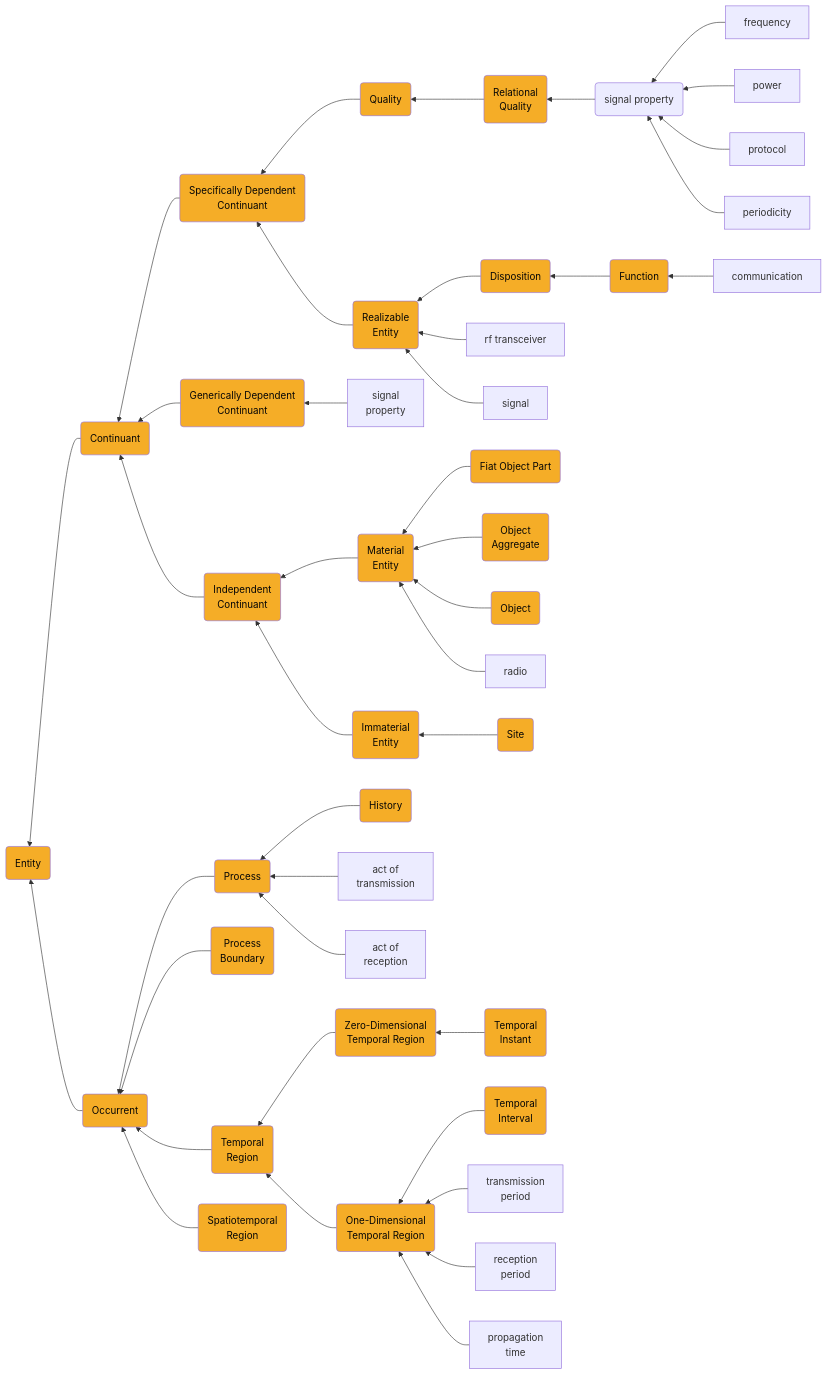
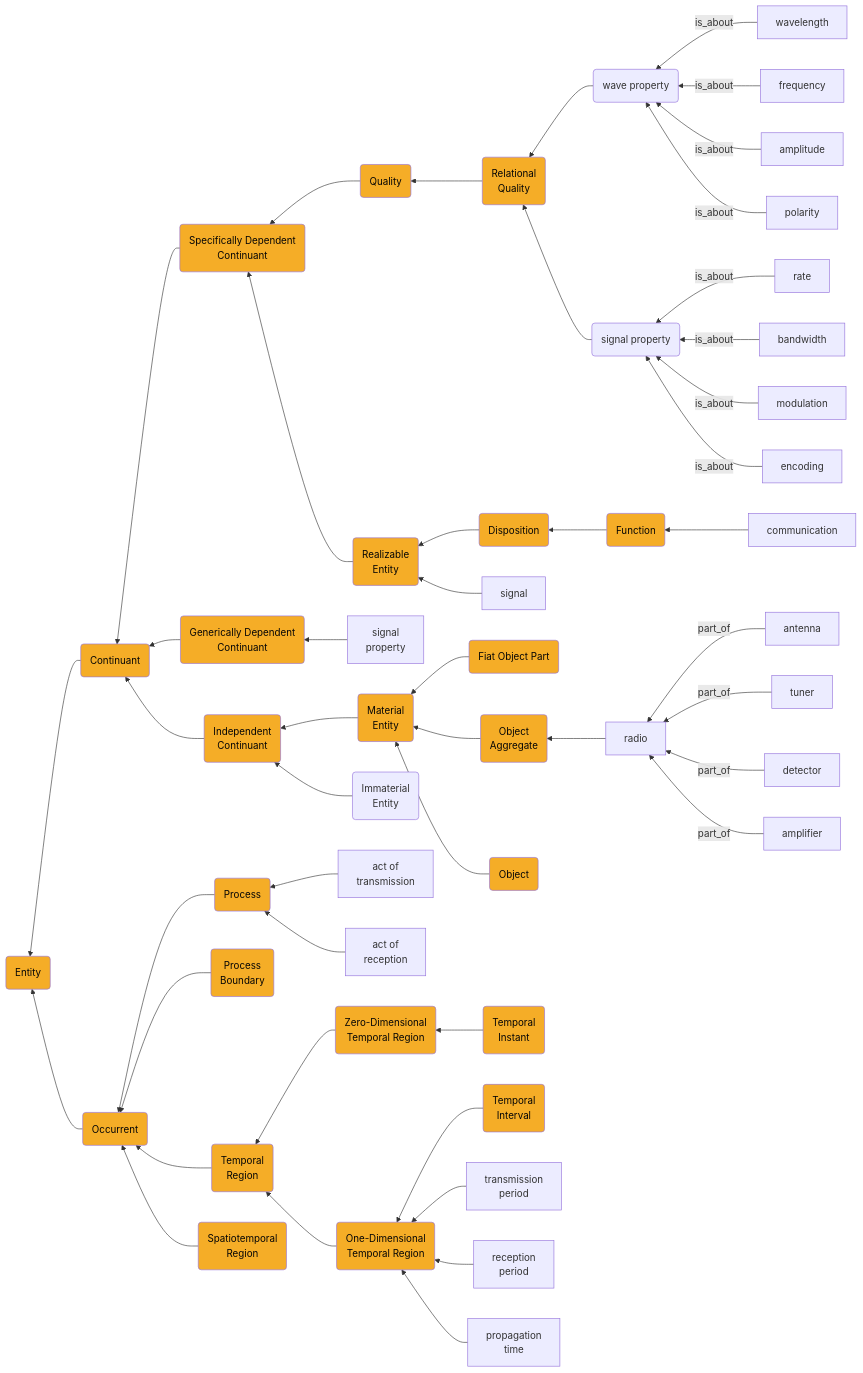
Before and after one commit to John-D-4/design-patterns: the diagram in design-patterns/pattern0.md, drawn with Mermaid. The commit also changed other lines of this file, not shown here.

````diff
--- a/design-patterns/pattern0.md
+++ b/design-patterns/pattern0.md
@@ -60,66 +66,66 @@
  ```mermaid
 
 graph RL
 	B(Continuant)-->A(Entity):::BFO
 	D(Specifically Dependent<br> Continuant)-->B(Continuant):::BFO
 	E(Generically Dependent<br> Continuant):::BFO-->B(Continuant)
 	F(Independent<br> Continuant)-->B(Continuant)
 	G(Material Entity)-->F(Independent<br> Continuant):::BFO
 	H(Immaterial<br> Entity)-->F(Independent<br> Continuant)
 	I(Quality)-->D(Specifically Dependent<br> Continuant):::BFO
 	J(Realizable<br> Entity):::BFO-->D(Specifically Dependent<br> Continuant)
 	K(Relational<br> Quality):::BFO-->I(Quality):::BFO
 
 	M(Disposition):::BFO-->J(Realizable<br> Entity)
 	N(Function):::BFO-->M(Disposition)
-	O(Site):::BFO-->H(Immaterial<br> Entity):::BFO
-
- 
-
- 
 
 	X(Fiat Object Part):::BFO-->G(Material<br> Entity):::BFO
 	Y(Object<br> Aggregate):::BFO-->G(Material<br> Entity):::BFO
 	Z(Object):::BFO-->G(Material<br> Entity):::BFO
 	C(Occurrent):::BFO-->A(Entity):::BFO
 	AA(Process):::BFO-->C(Occurrent):::BFO
 	AB(Process<br> Boundary):::BFO-->C(Occurrent)
 	AC(Temporal<br> Region):::BFO-->C(Occurrent)
 	AD(Spatiotemporal<br> Region):::BFO-->C(Occurrent)
-	AE(History):::BFO-->AA(Process):::BFO
 	AF(Zero-Dimensional<br> Temporal Region):::BFO-->AC(Temporal<br> Region):::BFO
 	AI(One-Dimensional<br> Temporal Region):::BFO-->AC(Temporal<br> Region):::BFO
 	AG(Temporal<br> Instant):::BFO-->AF(Zero-Dimensional<br> Temporal Region):::BFO
 	AH(Temporal<br> Interval):::BFO-->AI(One-Dimensional<br> Temporal Region):::BFO
-	
-	    EA[radio] --> G
 
     	EC[signal<br /> property] --> E
 		
 
-    	JA[rf transceiver] --> J(Realizable<br />Entity)
+    	YA[radio] --> Y
+		YAA[antenna] -- part_of --> YA
+		YAB[tuner] -- part_of --> YA
+		YAC[detector] -- part_of --> YA
+		YAD[amplifier] -- part_of --> YA
+		
 
 		JC[signal] --> J
     	
-		UE(signal property) --> K(Relational<br /> Quality)
-			UEA[frequency] --> UE
-			UEB[power] --> UE
-			UED[protocol] --> UE
-			UEF[periodicity] --> UE
-		
-
+		UE(wave property) --> K(Relational<br /> Quality)
+			UEA[wavelength] -- is_about --> UE
+			UEB[frequency] -- is_about --> UE
+			UED[amplitude] -- is_about --> UE
+			UEF[polarity] -- is_about --> UE
+	UF(signal property) --> K(Relational<br /> Quality)
+			UFA[rate] -- is_about --> UF
+			UFB[bandwidth] -- is_about --> UF
+			UFD[modulation] -- is_about --> UF
+			UFF[encoding] -- is_about --> UF
 
 			AAC[act of<br />transmission] --> AA(Process)
 			AAB[act of<br />reception] --> AA(Process)
 
 	
 	
 	NA[communication] --> N(Function)
 	        
 		AFA[transmission<br />period] --> AI
 		AFB[reception<br />period] --> AI
     AFC[propagation<br />time] --> AI
 
 
     classDef BFO fill:#F5AD27,color:#060606
 ```
````
